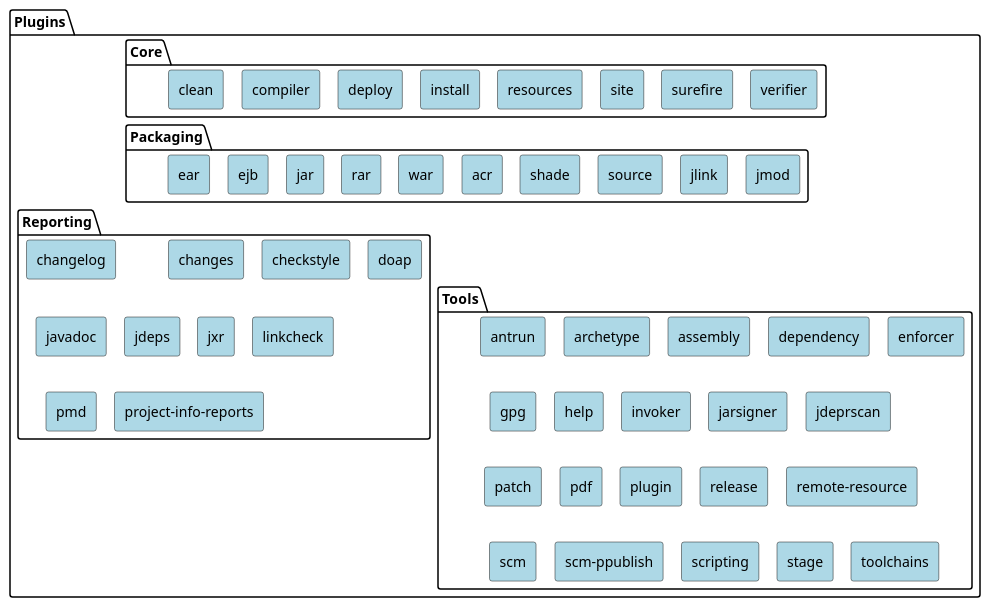
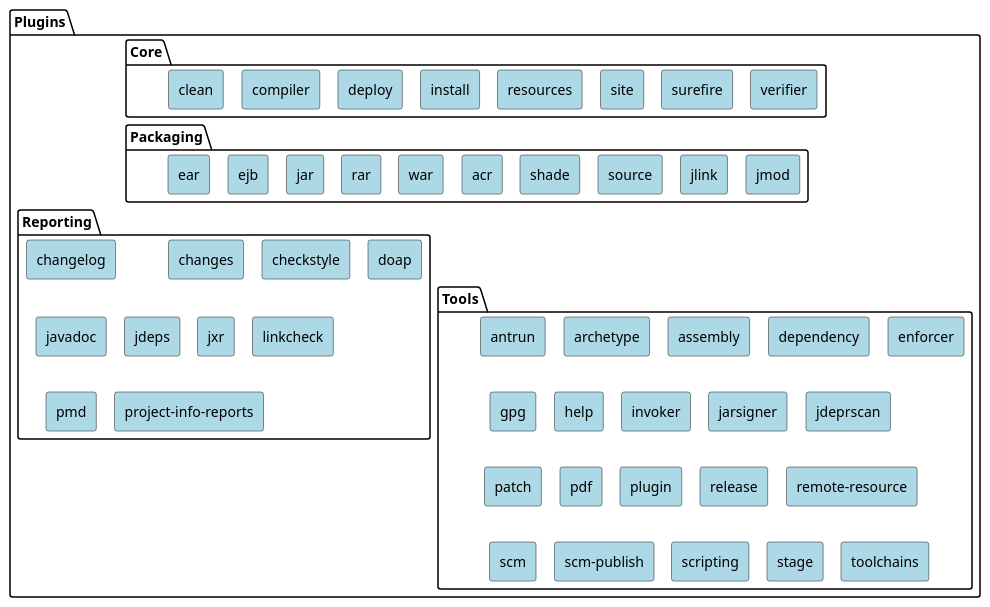
One commit to apache/maven-site changed the diagram in src/plantuml/maven-sources/plugins.puml. Above: the diagram before and after it, drawn with PlantUML. The commit also changed 3 other files, not shown here.

```diff
--- a/src/plantuml/maven-sources/plugins.puml
+++ b/src/plantuml/maven-sources/plugins.puml
@@ -19,98 +19,98 @@
 @startuml
 !pragma layout smetana
 
 skinparam rectangle {
   BackgroundColor LightBlue
 }
 
 
 package Plugins {
 
   package Core {
     rectangle clean
     rectangle compiler
     rectangle deploy
     rectangle install
     rectangle resources
     rectangle site
     rectangle surefire
     rectangle verifier
   }
 
   package Packaging {
     rectangle ear
     rectangle ejb
     rectangle jar
     rectangle rar
     rectangle war
     rectangle acr
     rectangle shade
     rectangle source
     rectangle jlink
     rectangle jmod
   }
 
   package Reporting {
     rectangle changelog
     rectangle changes
     rectangle checkstyle
     rectangle doap
     rectangle javadoc
     rectangle jdeps
     rectangle jxr
     rectangle linkcheck
     rectangle pmd
     rectangle "project-info-reports"
   }
 
   package Tools {
     rectangle antrun
     rectangle archetype
     rectangle assembly
     rectangle dependency
     rectangle enforcer
     rectangle gpg
     rectangle help
     rectangle invoker
     rectangle jarsigner
     rectangle jdeprscan
     rectangle patch
     rectangle pdf
     rectangle plugin
     rectangle release
     rectangle "remote-resource"
     rectangle scm
-    rectangle "scm-ppublish"
+    rectangle "scm-publish"
     rectangle scripting
     rectangle stage
     rectangle toolchains
   }
 }
 
 'hidden dependencies to change layout
 Core      -[hidden]-> Packaging
 Packaging -[hidden]-> Reporting
 Reporting -[hidden]-> Tools
 
 clean     -[hidden]> compiler
 compiler  -[hidden]> deploy
 deploy    -[hidden]> install
 install   -[hidden]> resources
 resources -[hidden]> site
 site      -[hidden]> surefire
 surefire  -[hidden]> verifier
 
 ear       -[hidden]> ejb
 ejb       -[hidden]> jar
 jar       -[hidden]> rar
 rar       -[hidden]> war
 war       -[hidden]> acr
 acr       -[hidden]> shade
 shade     -[hidden]> source
 source    -[hidden]> jlink
 jlink     -[hidden]> jmod
 
 
 url of clean is [[https://github.com/apache/maven-clean-plugin]]
 
 @enduml
```
